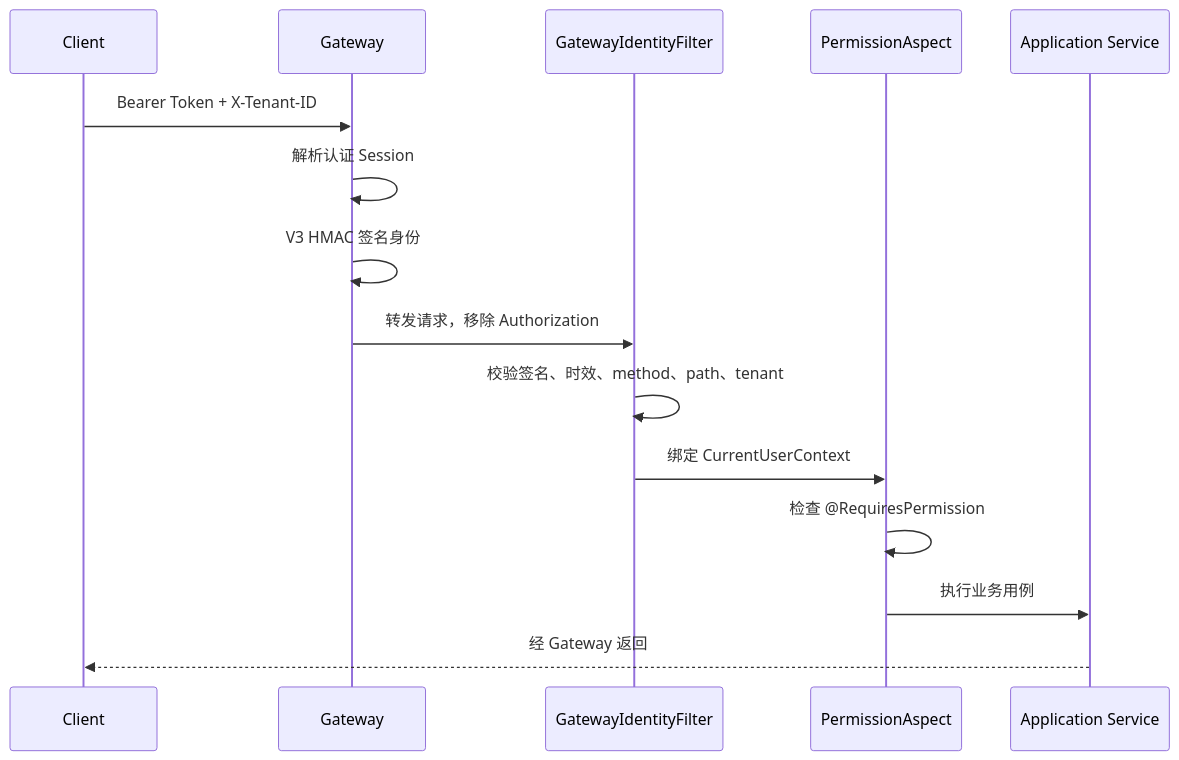
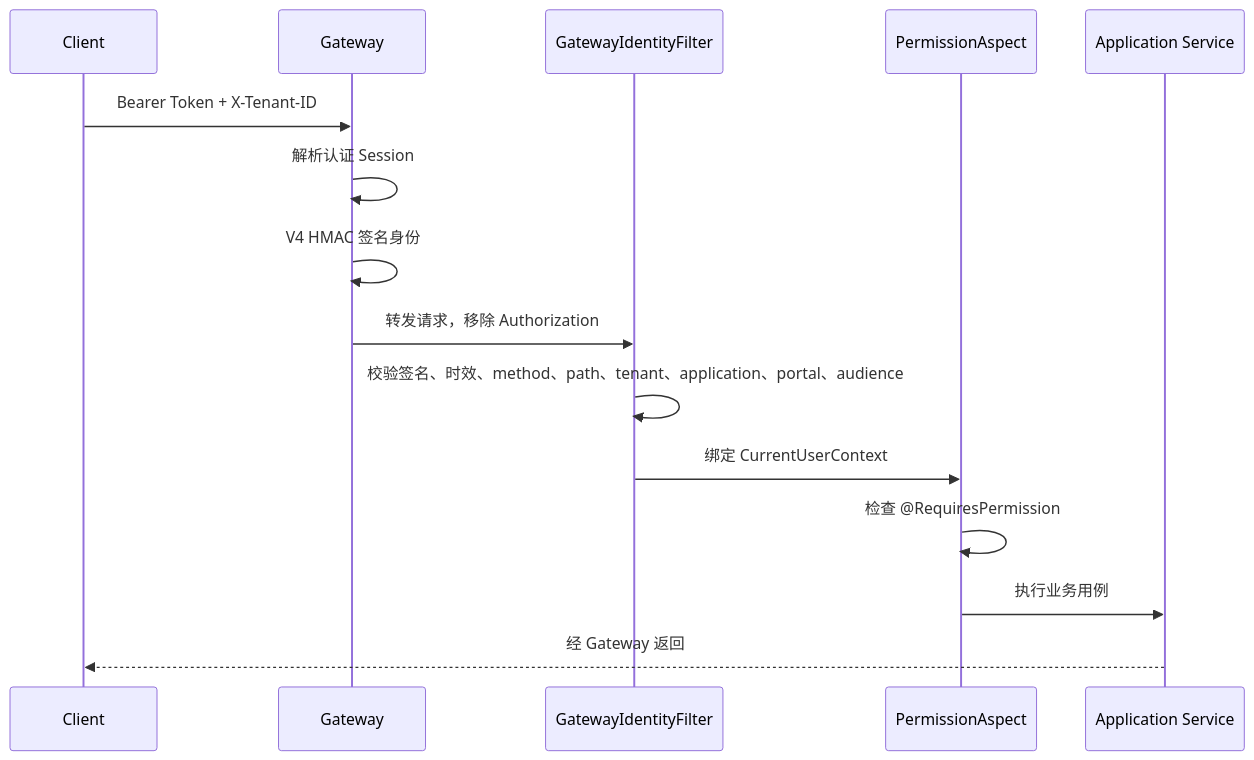
One commit to Stacko007/stacko-mall changed the third of 4 diagrams in docs/architecture.md. Above: the diagram before and after it, drawn with Mermaid. The commit also changed other lines of this file and 17 other files, not shown here.

````diff
--- a/docs/architecture.md
+++ b/docs/architecture.md
@@ -48,18 +49,18 @@
 ```mermaid
 sequenceDiagram
     participant C as Client
     participant G as Gateway
     participant F as GatewayIdentityFilter
     participant P as PermissionAspect
     participant S as Application Service
 
     C->>G: Bearer Token + X-Tenant-ID
     G->>G: 解析认证 Session
-    G->>G: V3 HMAC 签名身份
+    G->>G: V4 HMAC 签名身份
     G->>F: 转发请求，移除 Authorization
-    F->>F: 校验签名、时效、method、path、tenant
+    F->>F: 校验签名、时效、method、path、tenant、application、portal、audience
     F->>P: 绑定 CurrentUserContext
     P->>P: 检查 @RequiresPermission
     P->>S: 执行业务用例
     S-->>C: 经 Gateway 返回
 ```
````
